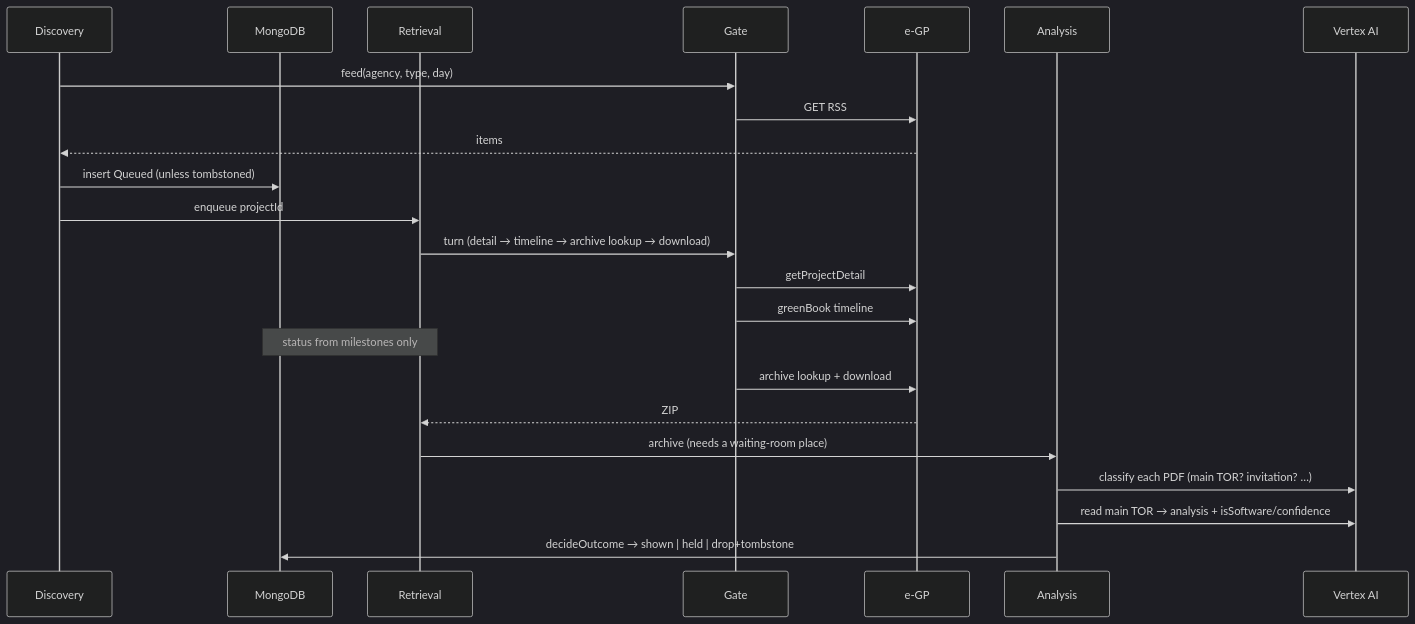
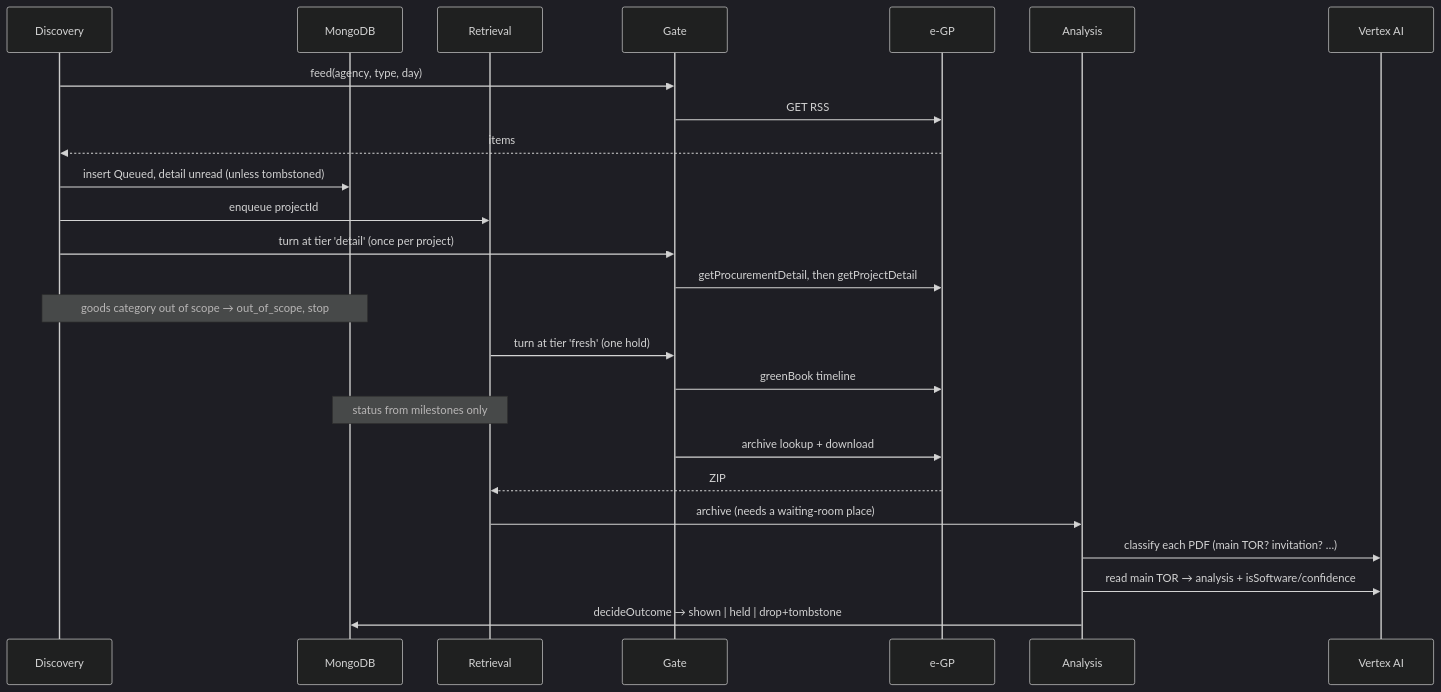
Before and after one commit to uzimpp/torfun: the sixth of 10 diagrams in docs/architecture.md, drawn with Mermaid (dark theme). The commit also changed other lines of this file and 63 other files, not shown here.

First line of the commit message:
docs: add rendered PlantUML diagrams, ingestion flow and API reference

````diff
--- a/docs/architecture.md
+++ b/docs/architecture.md
@@ -223,26 +231,28 @@
 ```mermaid
 sequenceDiagram
     participant D as Discovery
     participant DB as MongoDB
     participant R as Retrieval
     participant G as Gate
     participant E as e-GP
     participant A as Analysis
     participant V as Vertex AI
 
     D->>G: feed(agency, type, day)
     G->>E: GET RSS
     E-->>D: items
-    D->>DB: insert Queued (unless tombstoned)
+    D->>DB: insert Queued, detail unread (unless tombstoned)
     D->>R: enqueue projectId
-    R->>G: turn (detail → timeline → archive lookup → download)
-    G->>E: getProjectDetail
+    D->>G: turn at tier 'detail' (once per project)
+    G->>E: getProcurementDetail, then getProjectDetail
+    Note over D,DB: goods category out of scope → out_of_scope, stop
+    R->>G: turn at tier 'fresh' (one hold)
     G->>E: greenBook timeline
     Note over R,DB: status from milestones only
     G->>E: archive lookup + download
     E-->>R: ZIP
     R->>A: archive (needs a waiting-room place)
     A->>V: classify each PDF (main TOR? invitation? …)
     A->>V: read main TOR → analysis + isSoftware/confidence
     A->>DB: decideOutcome → shown | held | drop+tombstone
 ```
````
